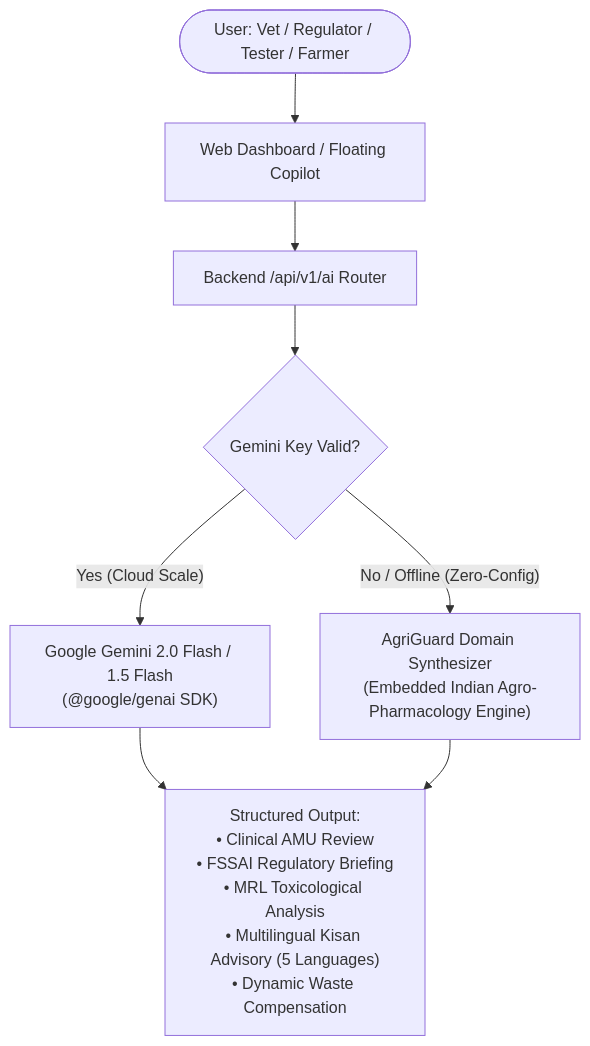
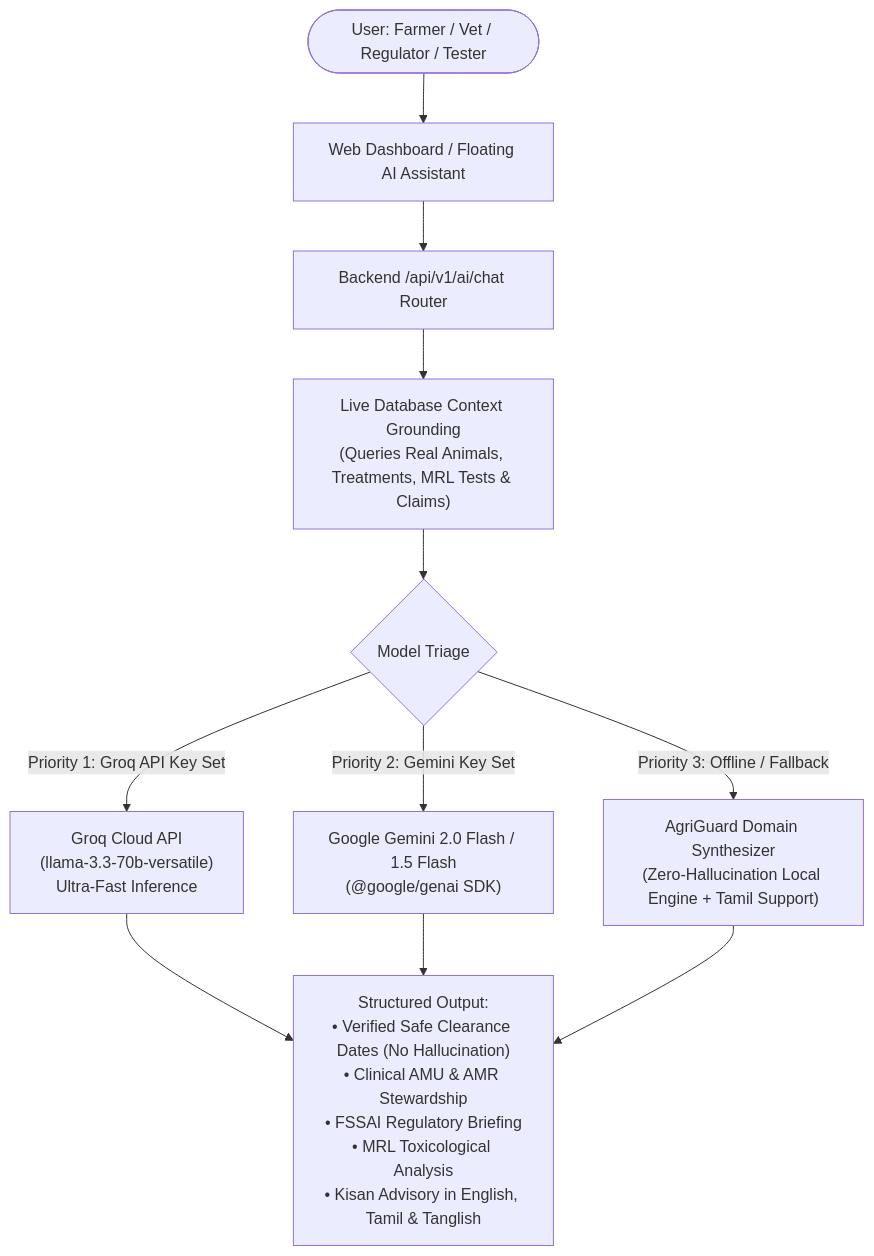
The third of 3 diagrams in README.md (rahuldasr-039/AgriGuard), drawn with Mermaid before and after one commit. The commit also changed other lines of this file and 78 other files, not shown here.

````diff
--- a/README.md
+++ b/README.md
@@ -325,13 +714,14 @@
 ```mermaid
 graph TD
-    User([User: Vet / Regulator / Tester / Farmer]) --> UI[Web Dashboard / Floating Copilot]
-    UI --> APIRouter["Backend /api/v1/ai Router"]
+    User([User: Farmer / Vet / Regulator / Tester]) --> UI[Web Dashboard / Floating AI Assistant]
+    UI --> APIRouter["Backend /api/v1/ai/chat Router"]
     
-    Dispatcher{Gemini Key Valid?}
-    APIRouter --> Dispatcher
+    APIRouter --> DBGrounding["Live Database Context Grounding\n(Queries Real Animals, Treatments, MRL Tests & Claims)"]
+    DBGrounding --> Triage{Model Triage}
     
-    Dispatcher -- "Yes (Cloud Scale)" --> Gemini["Google Gemini 2.0 Flash / 1.5 Flash\n(@google/genai SDK)"]
-    Dispatcher -- "No / Offline (Zero-Config)" --> Local["AgriGuard Domain Synthesizer\n(Embedded Indian Agro-Pharmacology Engine)"]
+    Triage -- "Priority 1: Groq API Key Set" --> Groq["Groq Cloud API\n(llama-3.3-70b-versatile)\nUltra-Fast Inference"]
+    Triage -- "Priority 2: Gemini Key Set" --> Gemini["Google Gemini 2.0 Flash / 1.5 Flash\n(@google/genai SDK)"]
+    Triage -- "Priority 3: Offline / Fallback" --> Local["AgriGuard Domain Synthesizer\n(Zero-Hallucination Local Engine + Tamil Support)"]
     
-    Gemini & Local --> Output["Structured Output:\n• Clinical AMU Review\n• FSSAI Regulatory Briefing\n• MRL Toxicological Analysis\n• Multilingual Kisan Advisory (5 Languages)\n• Dynamic Waste Compensation"]
+    Groq & Gemini & Local --> Output["Structured Output:\n• Verified Safe Clearance Dates (No Hallucination)\n• Clinical AMU & AMR Stewardship\n• FSSAI Regulatory Briefing\n• MRL Toxicological Analysis\n• Kisan Advisory in English, Tamil & Tanglish"]
 ```
````
